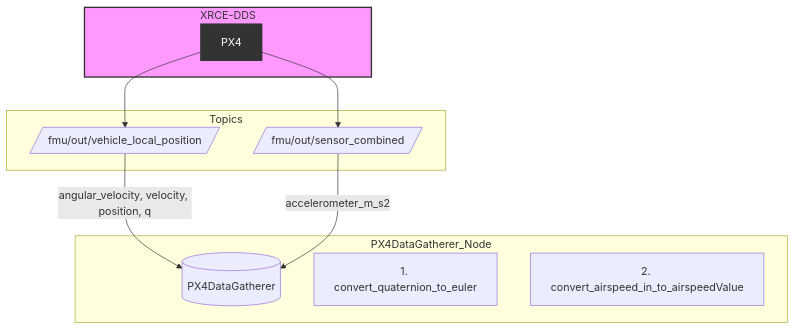
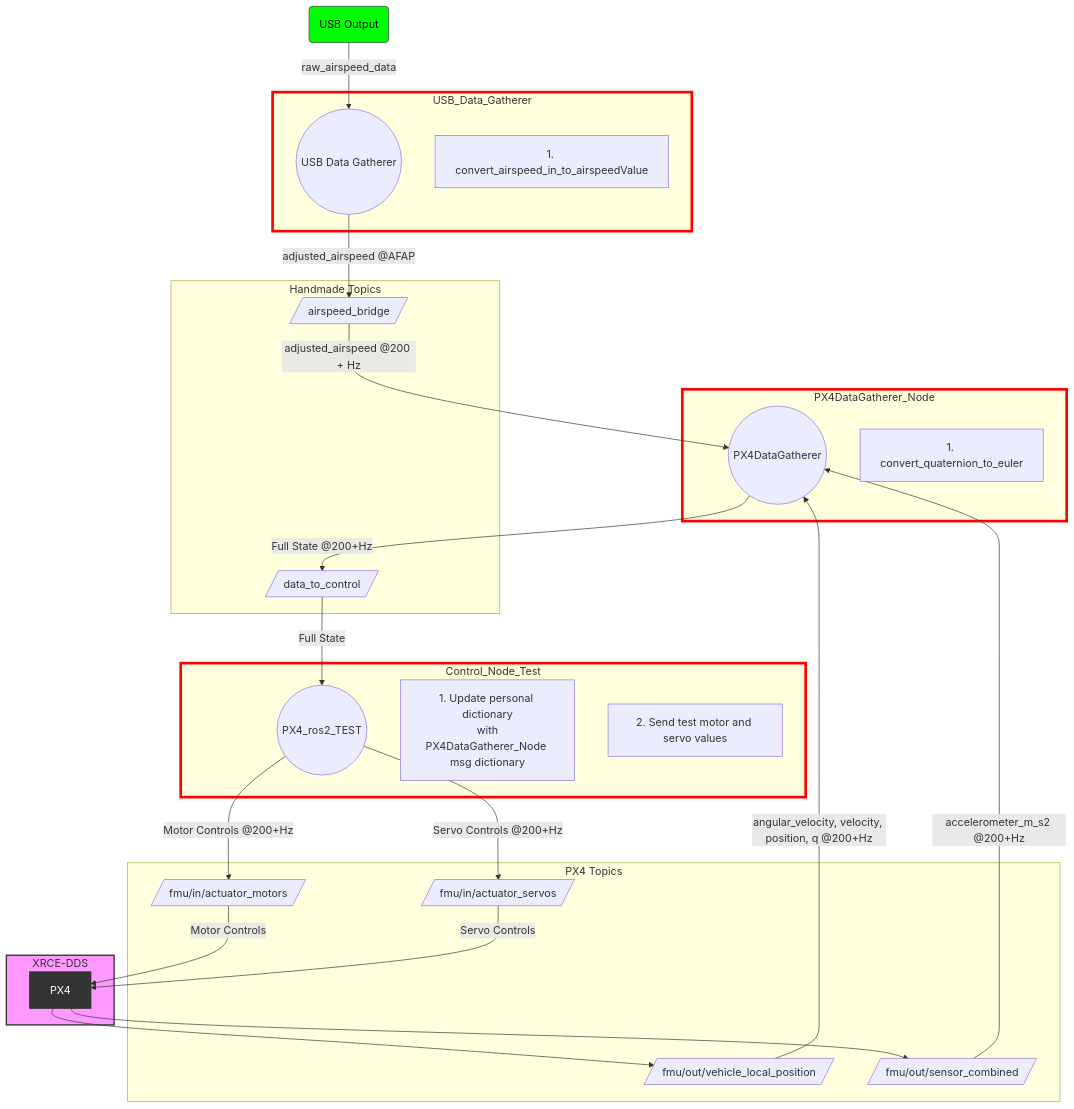
Before and after one commit to FredJones4/vtol_ctrl_ros2: the first of 3 diagrams in README.md, drawn with Mermaid. The commit also changed other lines of this file, not shown here.

Commit message:
finished graph. Just need to make it the final one now.

````diff
--- a/README.md
+++ b/README.md
@@ -105,26 +108,65 @@
 ```mermaid
 graph TD
     subgraph PX4DataGatherer_Node
-        A[(PX4DataGatherer)]
+        A((PX4DataGatherer))
         A1[1. convert_quaternion_to_euler]
-        A2[2. convert_airspeed_in_to_airspeedValue]
+        
     end
 
-    subgraph Topics
+    A-->|Full State @200+Hz| G2T
+    G2T --> |Full State| H
+
+    subgraph PX4 Topics
+        D2[/fmu/in/actuator_servos/]
+        D1[/fmu/in/actuator_motors/]
         D[/fmu/out/vehicle_local_position/]
         E[/fmu/out/sensor_combined/]
     end
+
+    subgraph Handmade Topics
+        F[/airspeed_bridge/]
+        G2T[/data_to_control/]
+    end
+
+    H -->|Motor Controls @200+Hz| D1
+    H --> |Servo Controls @200+Hz|D2
+    D1 -->|Motor Controls|PX4
+    D2 -->|Servo Controls|PX4
+
+    subgraph USB_Data_Gatherer
+        G((USB Data Gatherer))
+        A2[1. convert_airspeed_in_to_airspeedValue]
+       
+    end
+
+    USB(USB Output)
+    USB -->|raw_airspeed_data| G
 
     subgraph XRCE-DDS
         PX4[PX4]
         PX4 --> D
         PX4 --> E
     end
 
+    subgraph Control_Node_Test
+        H((PX4_ros2_TEST))
+        H2[1. Update personal dictionary<br> with PX4DataGatherer_Node msg dictionary]
+        H1[2. Send test motor and servo values]
+    end
+    
+    style Control_Node_Test stroke-width:4px,stroke:#ff0000
+    style PX4DataGatherer_Node stroke-width:4px,stroke:#ff0000
+    style USB_Data_Gatherer stroke-width:4px,stroke:#ff0000
     style XRCE-DDS fill:#f9f,stroke:#333,stroke-width:2px
     style PX4 fill:#333,stroke:#333,stroke-width:2px,color:#fff
 
-    D -->|angular_velocity, velocity, position, q| A
-    E -->|accelerometer_m_s2| A
+    style USB fill:#00ff00,stroke:#333,color:#000
+
+    D -->|angular_velocity, velocity, position, q @200+Hz| A
+    E -->|accelerometer_m_s2 @200+Hz| A
+
+    G --> |adjusted_airspeed @AFAP| F
+    F -->|adjusted_airspeed @200 + Hz| A
+
 
 ```
````
